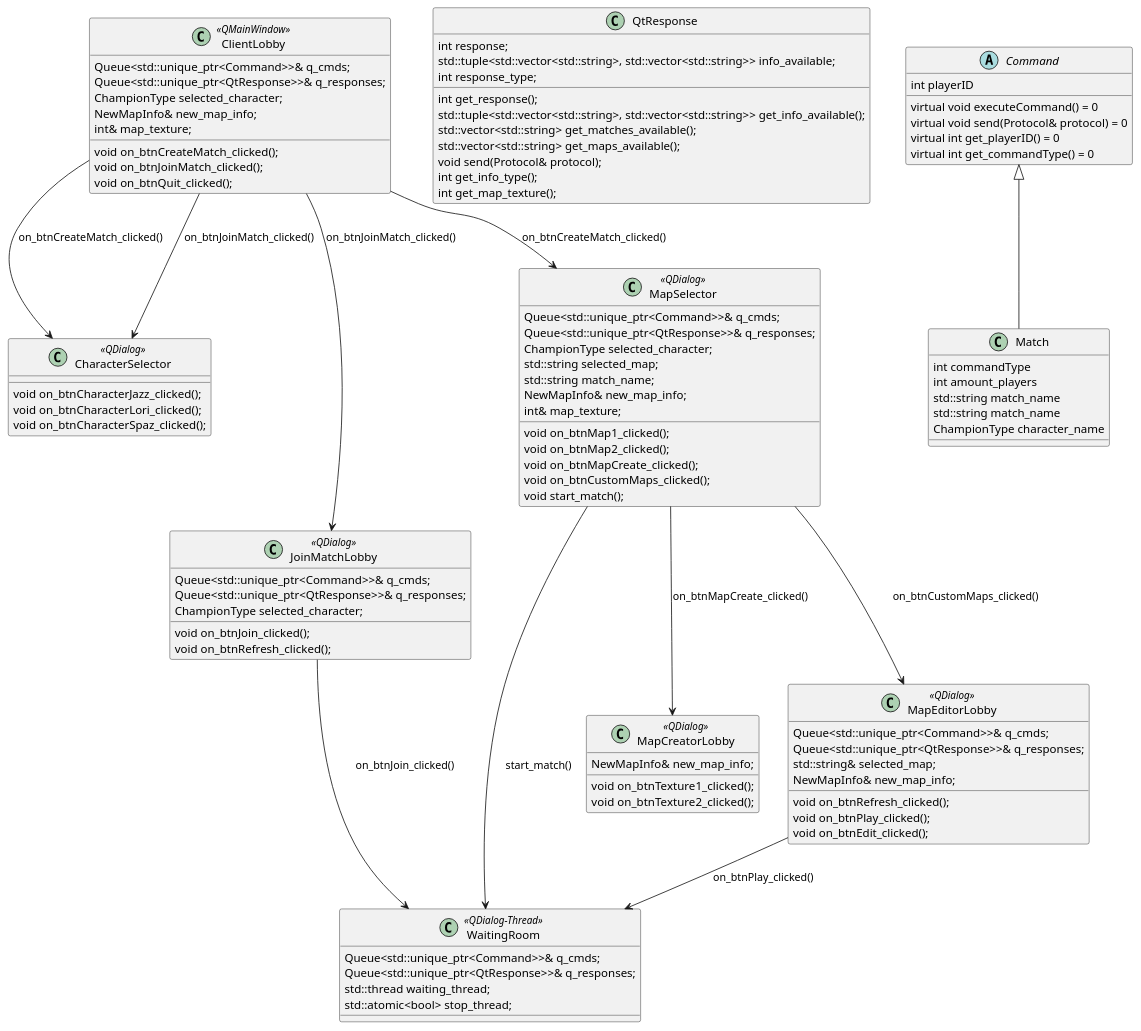
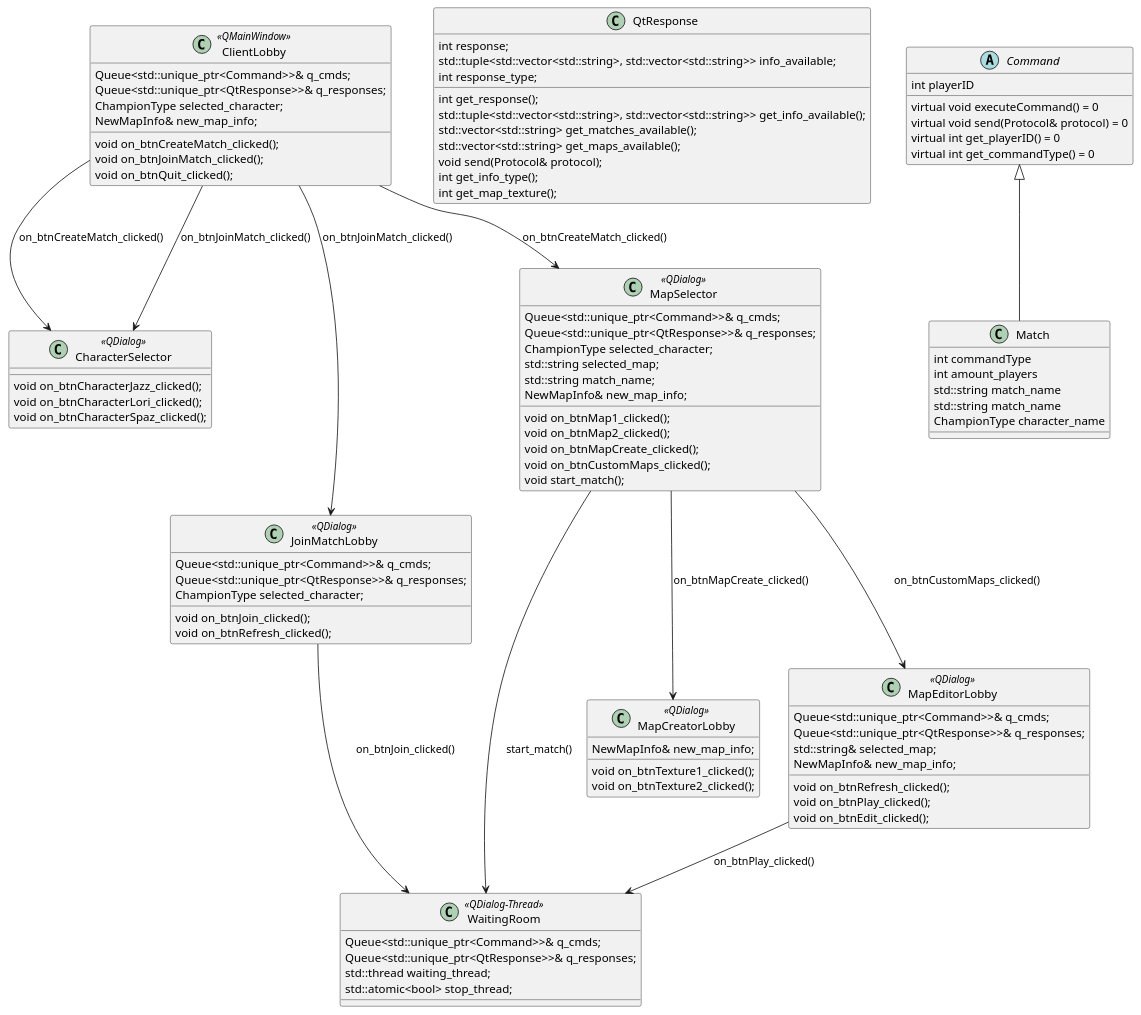
Before and after one commit to Taller-de-Programacion-1-1C2024-GRUPO1/TP-Jazz-Jackrabbit-2: the diagram in documentation/UMLS/lobby.puml, drawn with PlantUML. The commit also changed 14 other files, not shown here.

```diff
--- a/documentation/UMLS/lobby.puml
+++ b/documentation/UMLS/lobby.puml
@@ -3,126 +3,124 @@
 @startuml
 class ClientLobby <<QMainWindow>> {
     Queue<std::unique_ptr<Command>>& q_cmds;
     Queue<std::unique_ptr<QtResponse>>& q_responses;
     ChampionType selected_character;
     NewMapInfo& new_map_info;
-    int& map_texture;
 
     void on_btnCreateMatch_clicked();
     void on_btnJoinMatch_clicked();
     void on_btnQuit_clicked();
 }
 
 class CharacterSelector <<QDialog>> {
     void on_btnCharacterJazz_clicked();
     void on_btnCharacterLori_clicked();
     void on_btnCharacterSpaz_clicked();
 }
 
 class JoinMatchLobby <<QDialog>> {
     Queue<std::unique_ptr<Command>>& q_cmds;
     Queue<std::unique_ptr<QtResponse>>& q_responses;
     ChampionType selected_character;
     void on_btnJoin_clicked();
     void on_btnRefresh_clicked();
 }
 
 class WaitingRoom <<QDialog-Thread>> {
     Queue<std::unique_ptr<Command>>& q_cmds;
     Queue<std::unique_ptr<QtResponse>>& q_responses;
     std::thread waiting_thread;
     std::atomic<bool> stop_thread;
 }
 
 class MapSelector <<QDialog>> {
     Queue<std::unique_ptr<Command>>& q_cmds;
     Queue<std::unique_ptr<QtResponse>>& q_responses;
     ChampionType selected_character;
     std::string selected_map;
     std::string match_name;
     NewMapInfo& new_map_info;
-    int& map_texture;
     void on_btnMap1_clicked();
     void on_btnMap2_clicked();
     void on_btnMapCreate_clicked();
     void on_btnCustomMaps_clicked();
     void start_match();
 
 }
 
 class MapCreatorLobby <<QDialog>> {
     NewMapInfo& new_map_info;
     void on_btnTexture1_clicked();
     void on_btnTexture2_clicked();
 }
 
 class MapEditorLobby <<QDialog>> {
     Queue<std::unique_ptr<Command>>& q_cmds;
     Queue<std::unique_ptr<QtResponse>>& q_responses;
     std::string& selected_map;
     NewMapInfo& new_map_info;
     void on_btnRefresh_clicked();
     void on_btnPlay_clicked();
     void on_btnEdit_clicked();
 }
 
 
 
 
 
 
 
 class QtResponse {
     int response;
     std::tuple<std::vector<std::string>, std::vector<std::string>> info_available;
     int response_type;
 
     int get_response();
     std::tuple<std::vector<std::string>, std::vector<std::string>> get_info_available();
     std::vector<std::string> get_matches_available();
     std::vector<std::string> get_maps_available(); 
     void send(Protocol& protocol);
     int get_info_type();
     int get_map_texture();
 }
 
 
 
 abstract class Command {
     int playerID
     virtual void executeCommand() = 0
     virtual void send(Protocol& protocol) = 0
     virtual int get_playerID() = 0
     virtual int get_commandType() = 0
 }
 
 class Match {
    int commandType
    int amount_players
    std::string match_name
    std::string match_name
    ChampionType character_name
 }
 
 
 
 
 
 
 
 
 ClientLobby --> CharacterSelector : on_btnCreateMatch_clicked()
 ClientLobby --> CharacterSelector : on_btnJoinMatch_clicked()
 ClientLobby --> MapSelector : on_btnCreateMatch_clicked()
 MapSelector --> WaitingRoom : start_match()
 
 ClientLobby --> JoinMatchLobby : on_btnJoinMatch_clicked()
 JoinMatchLobby --> WaitingRoom : on_btnJoin_clicked()
 
 
 MapSelector --> MapCreatorLobby : on_btnMapCreate_clicked()
 MapSelector --> MapEditorLobby : on_btnCustomMaps_clicked()
 MapEditorLobby --> WaitingRoom : on_btnPlay_clicked()
 
 Command <|-- Match
 @enduml
```
